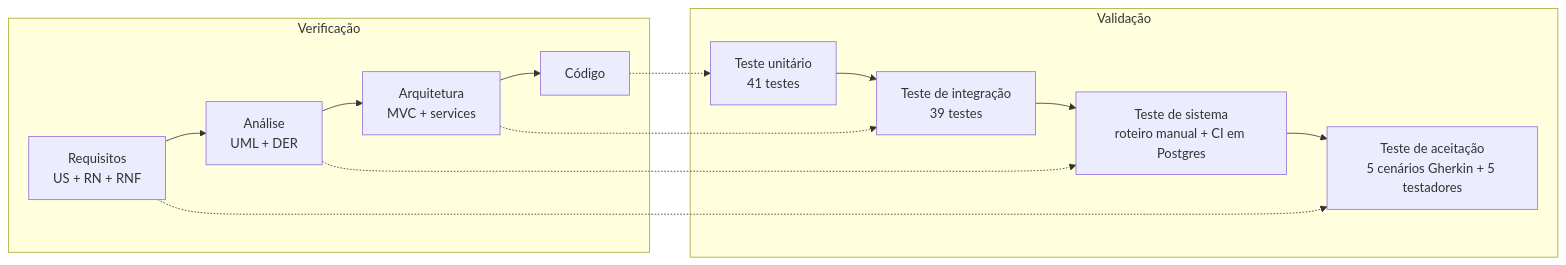
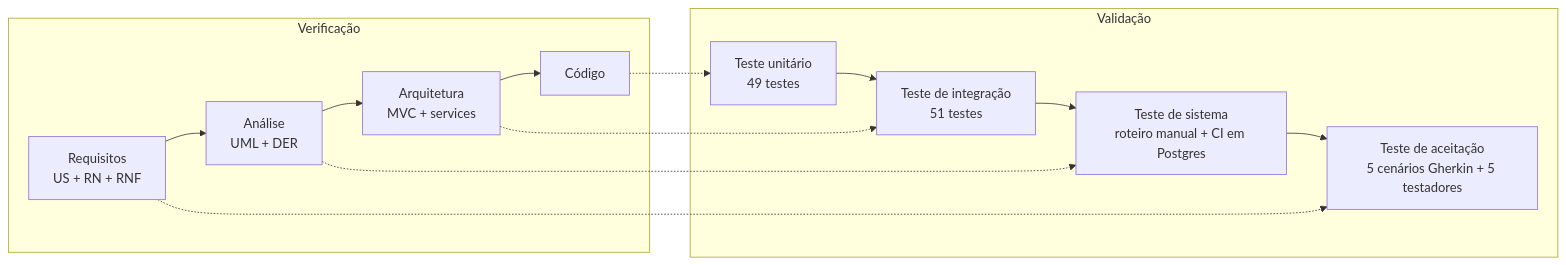
One commit to ModestiJ/cupcake-gourmet changed the diagram in docs/situacao-3/01-plano-e-relatorio-de-testes.md. Above: the diagram before and after it, drawn with Mermaid. The commit also changed other lines of this file and 17 other files, not shown here.

````diff
--- a/docs/situacao-3/01-plano-e-relatorio-de-testes.md
+++ b/docs/situacao-3/01-plano-e-relatorio-de-testes.md
@@ -5,13 +5,13 @@
 ```mermaid
 flowchart LR
     subgraph Verificação
     R[Requisitos<br/>US + RN + RNF] --> A[Análise<br/>UML + DER] --> AR[Arquitetura<br/>MVC + services] --> C[Código]
     end
     subgraph Validação
-    TU[Teste unitário<br/>41 testes] --> TI[Teste de integração<br/>39 testes] --> TS[Teste de sistema<br/>roteiro manual + CI em Postgres] --> TA[Teste de aceitação<br/>5 cenários Gherkin + 5 testadores]
+    TU[Teste unitário<br/>49 testes] --> TI[Teste de integração<br/>51 testes] --> TS[Teste de sistema<br/>roteiro manual + CI em Postgres] --> TA[Teste de aceitação<br/>5 cenários Gherkin + 5 testadores]
     end
     C -.-> TU
     AR -.-> TI
     A -.-> TS
     R -.-> TA
 ```
````
